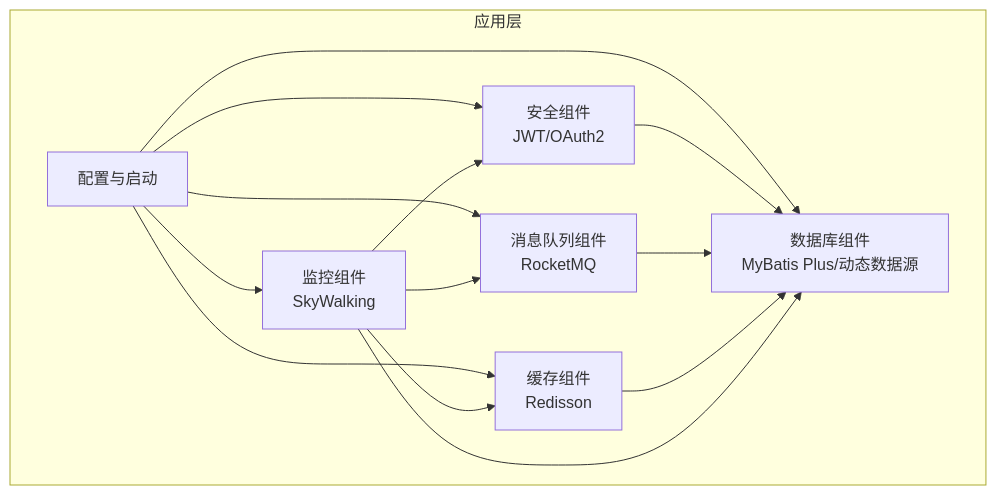
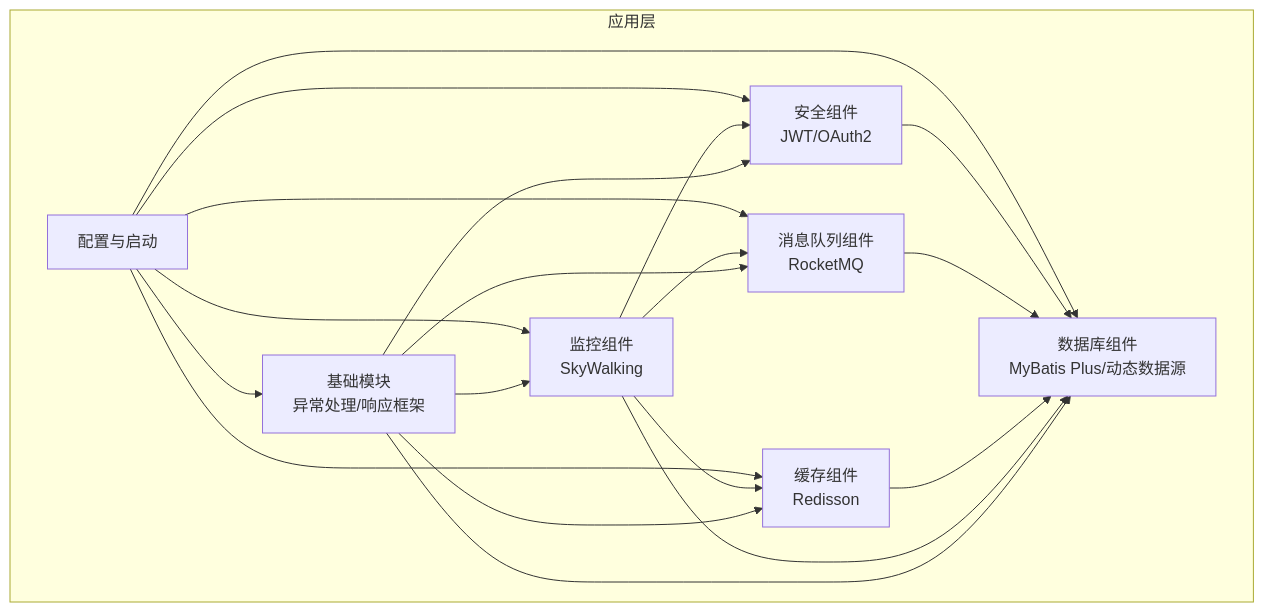
Before and after one commit to guanglei93/pandora-cloud: the second of 11 diagrams in .qoder/repowiki/zh/content/核心组件/核心组件.md, drawn with Mermaid. The commit also changed other lines of this file and 5 other files, not shown here.

````diff
--- a/.qoder/repowiki/zh/content/核心组件/核心组件.md
+++ b/.qoder/repowiki/zh/content/核心组件/核心组件.md
@@ -99,23 +135,30 @@
 ```mermaid
 graph TB
 subgraph "应用层"
 Cfg["配置与启动"]
 Sec["安全组件<br/>JWT/OAuth2"]
 MQ["消息队列组件<br/>RocketMQ"]
 Cache["缓存组件<br/>Redisson"]
 DB["数据库组件<br/>MyBatis Plus/动态数据源"]
 Mon["监控组件<br/>SkyWalking"]
+Common["基础模块<br/>异常处理/响应框架"]
 end
 Cfg --> Sec
 Cfg --> MQ
 Cfg --> Cache
 Cfg --> DB
 Cfg --> Mon
+Cfg --> Common
 Sec --> DB
 MQ --> DB
 Cache --> DB
 Mon --> Sec
 Mon --> MQ
 Mon --> Cache
 Mon --> DB
+Common --> Sec
+Common --> MQ
+Common --> Cache
+Common --> DB
+Common --> Mon
 ```
````
